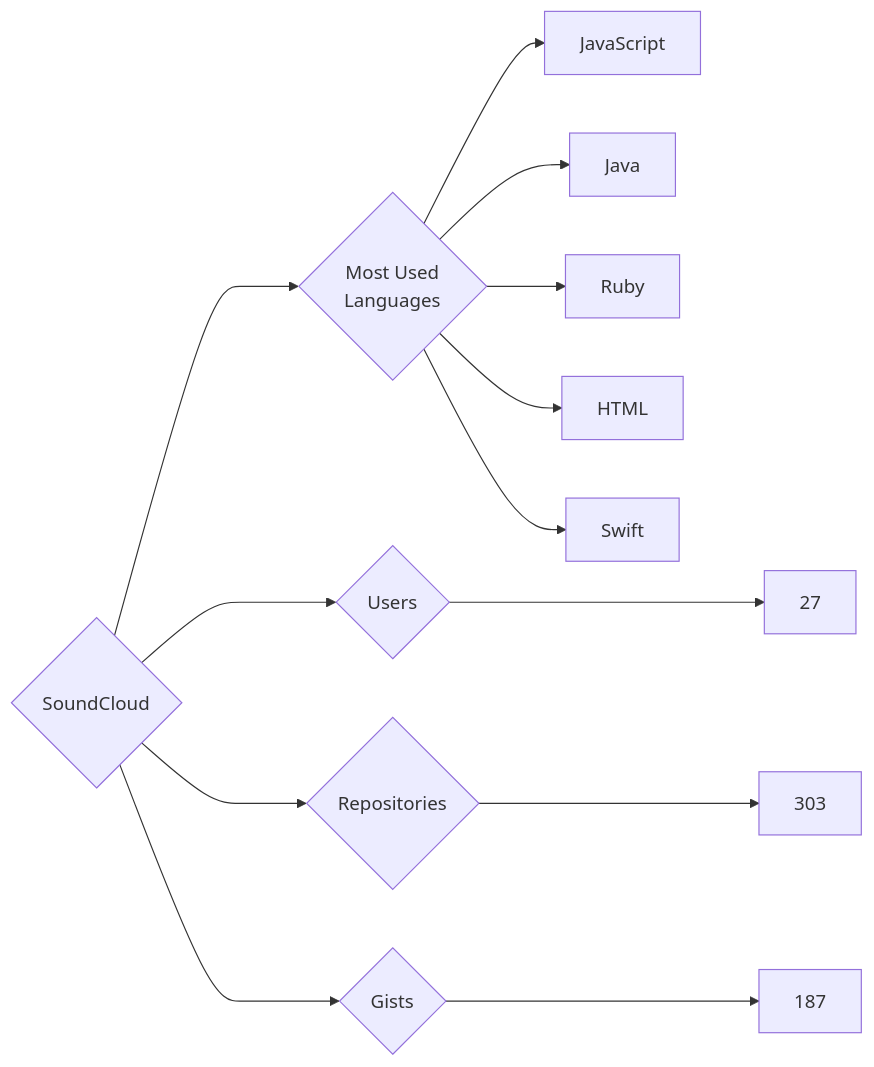
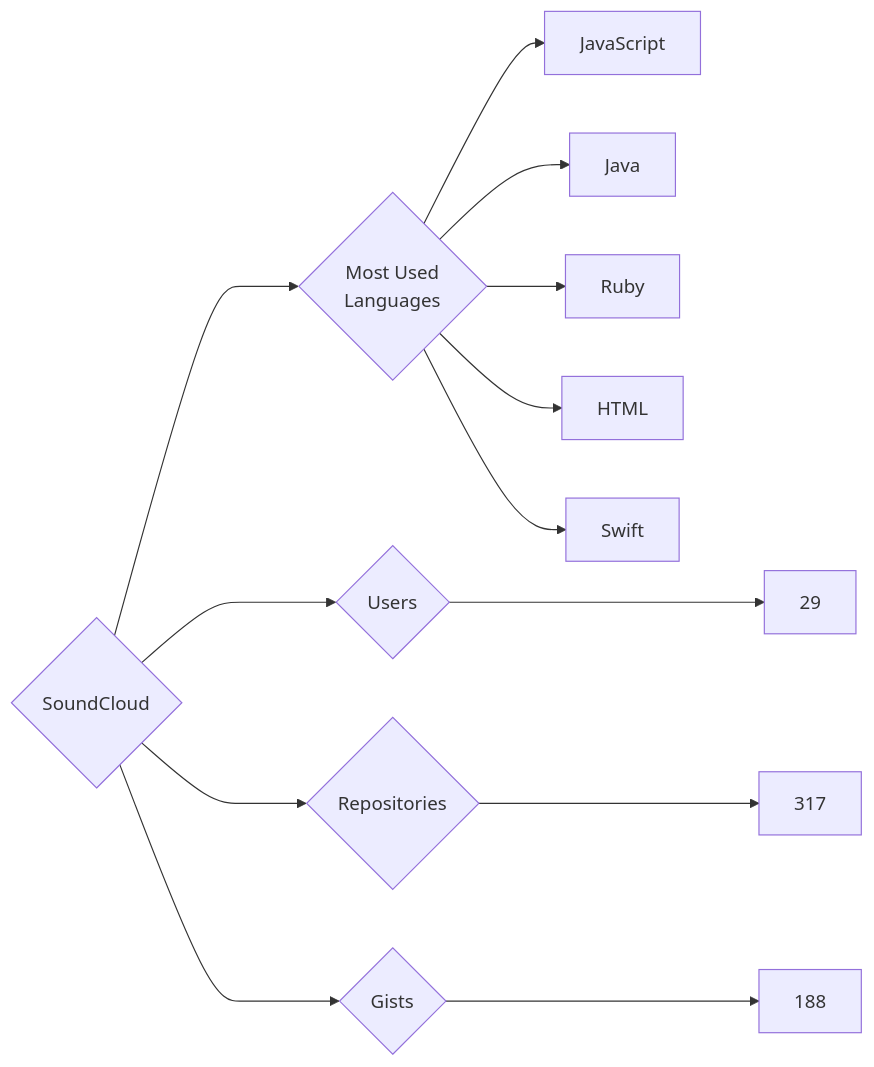
Before and after one commit to trickest/insiders: the diagram in targets/SoundCloud/README.md, drawn with Mermaid. The commit also changed 995 other files, not shown here.

````diff
--- a/targets/SoundCloud/README.md
+++ b/targets/SoundCloud/README.md
@@ -3,13 +3,13 @@
 ```mermaid
 graph LR
 COMPANY_NAME{SoundCloud}
-COMPANY_NAME ---> U{Users} ---> UN[27]
-COMPANY_NAME ---> R{Repositories} ---> RN[303]
-COMPANY_NAME ---> G{Gists} ---> GN[187]
+COMPANY_NAME ---> U{Users} ---> UN[29]
+COMPANY_NAME ---> R{Repositories} ---> RN[317]
+COMPANY_NAME ---> G{Gists} ---> GN[188]
 COMPANY_NAME ---> ML{Most Used<br>Languages}
 ML --> JavaScript[JavaScript]
 ML --> Java[Java]
 ML --> Ruby[Ruby]
 ML --> HTML[HTML]
 ML --> Swift[Swift]
 ```
````
